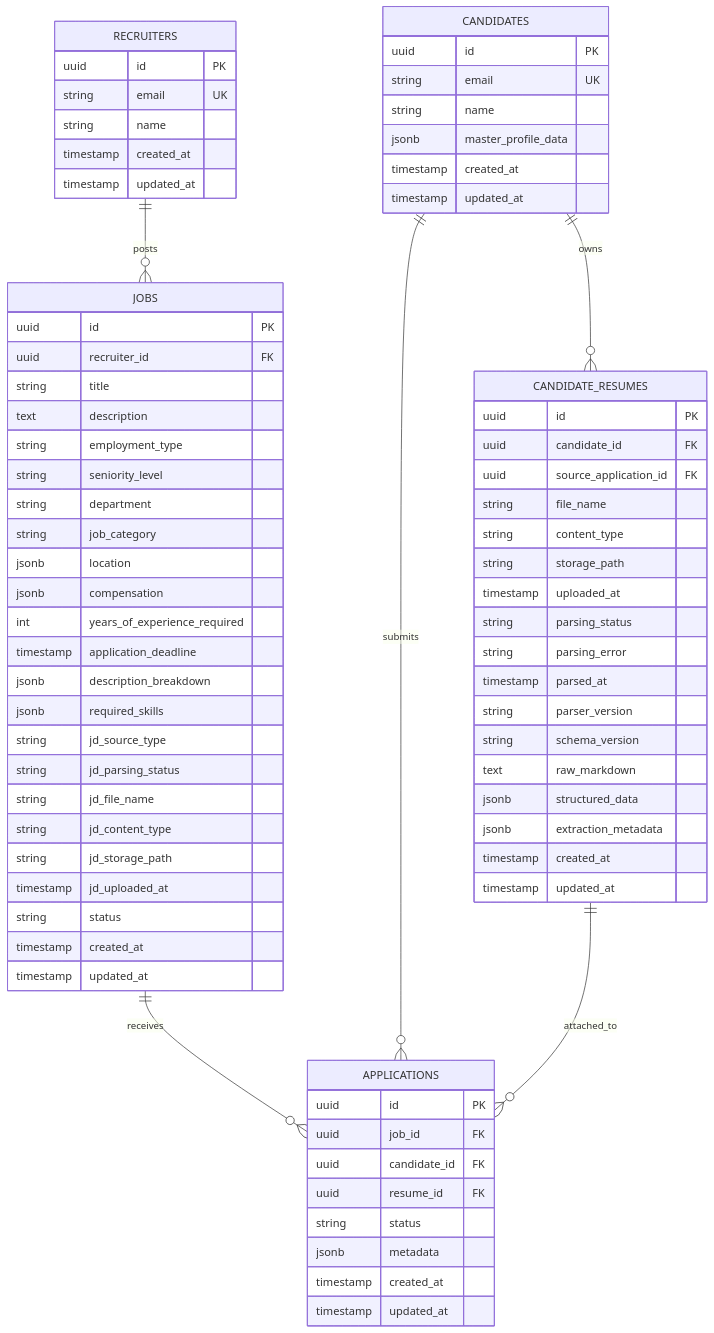
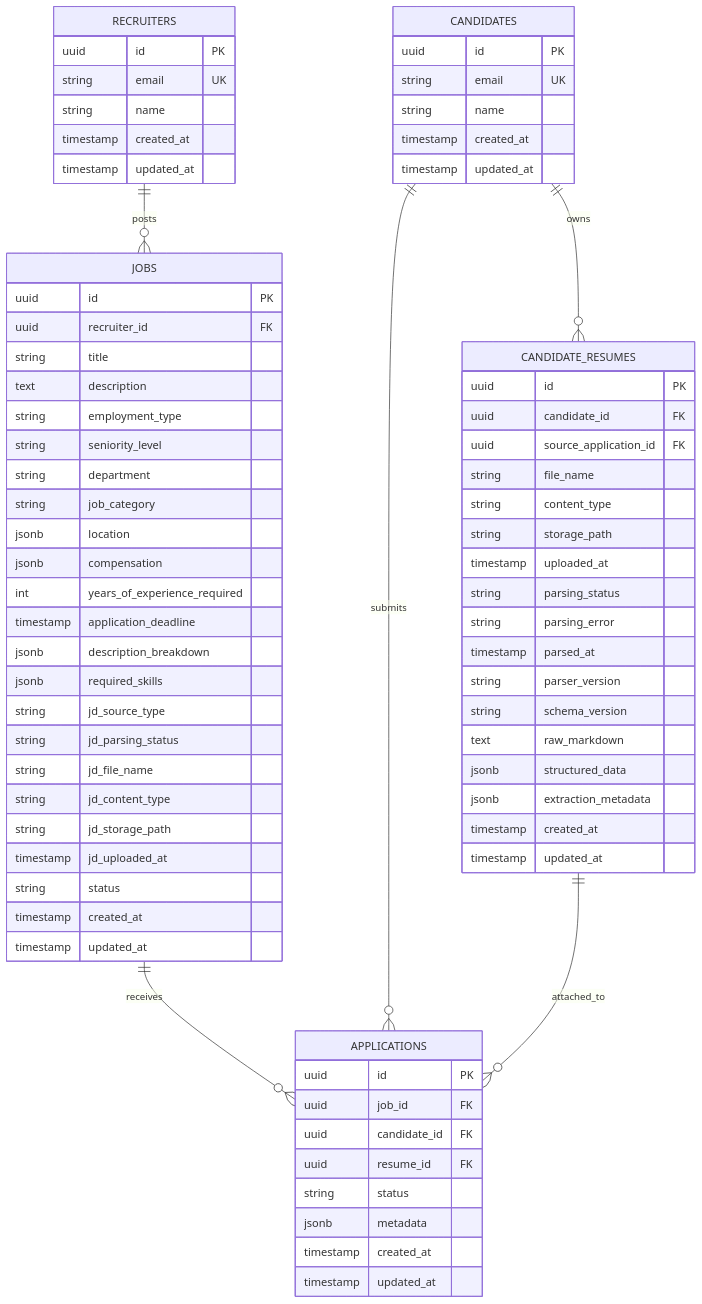
The first of 2 diagrams in docs/DATABASE.md (afnan-emumba/smart-hire), drawn with Mermaid before and after one commit. The commit also changed other lines of this file and 11 other files, not shown here.

````diff
--- a/docs/DATABASE.md
+++ b/docs/DATABASE.md
@@ -9,82 +9,81 @@
 ```mermaid
 erDiagram
     RECRUITERS ||--o{ JOBS : posts
     CANDIDATES ||--o{ APPLICATIONS : submits
   CANDIDATES ||--o{ CANDIDATE_RESUMES : owns
     JOBS ||--o{ APPLICATIONS : receives
   CANDIDATE_RESUMES ||--o{ APPLICATIONS : attached_to
 
     RECRUITERS {
         uuid id PK
         string email UK
         string name
         timestamp created_at
         timestamp updated_at
     }
 
     CANDIDATES {
         uuid id PK
         string email UK
         string name
-        jsonb master_profile_data
         timestamp created_at
         timestamp updated_at
     }
 
     CANDIDATE_RESUMES {
       uuid id PK
       uuid candidate_id FK
       uuid source_application_id FK
       string file_name
       string content_type
       string storage_path
       timestamp uploaded_at
       string parsing_status
       string parsing_error
       timestamp parsed_at
       string parser_version
       string schema_version
       text raw_markdown
       jsonb structured_data
       jsonb extraction_metadata
       timestamp created_at
       timestamp updated_at
     }
 
     JOBS {
         uuid id PK
         uuid recruiter_id FK
         string title
         text description
         string employment_type
         string seniority_level
         string department
         string job_category
         jsonb location
         jsonb compensation
         int years_of_experience_required
         timestamp application_deadline
         jsonb description_breakdown
         jsonb required_skills
         string jd_source_type
         string jd_parsing_status
         string jd_file_name
         string jd_content_type
         string jd_storage_path
         timestamp jd_uploaded_at
         string status
         timestamp created_at
         timestamp updated_at
     }
 
     APPLICATIONS {
         uuid id PK
         uuid job_id FK
         uuid candidate_id FK
       uuid resume_id FK
         string status
         jsonb metadata
         timestamp created_at
         timestamp updated_at
     }
 ```
````
